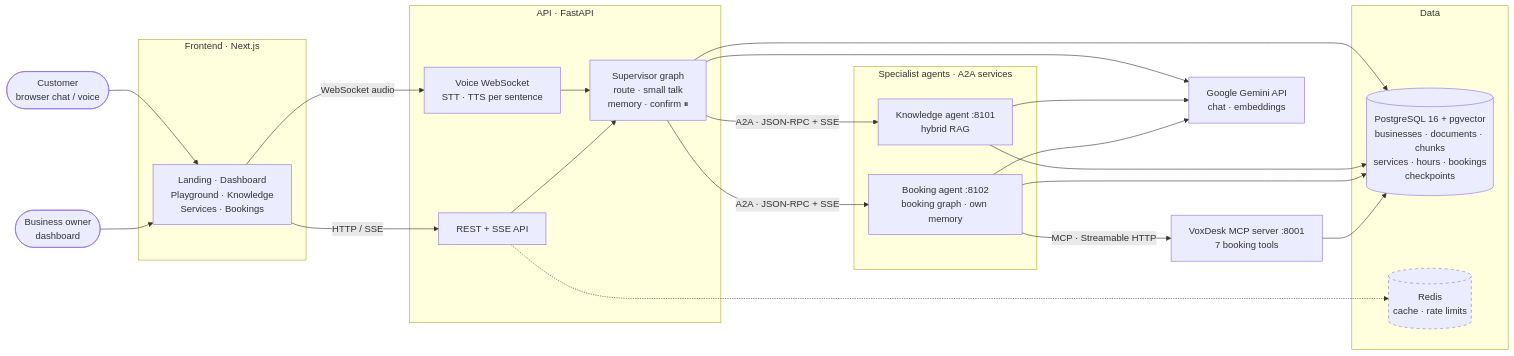
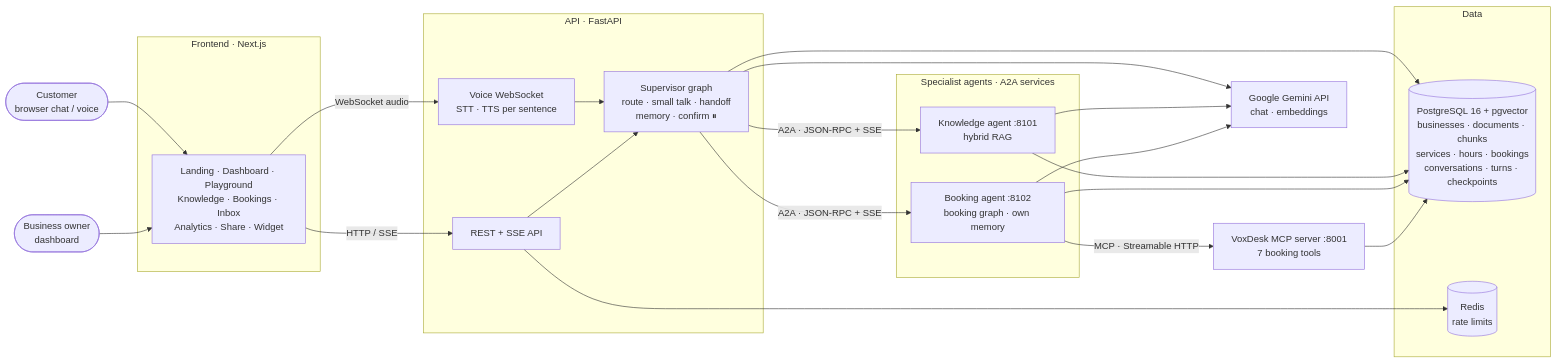
One commit to yash6388/voxdesk changed the first of 10 diagrams in docs/ARCHITECTURE.md. Above: the diagram before and after it, drawn with Mermaid. The commit also changed other lines of this file and 2 other files, not shown here.

Commit message:
docs: clean up README links and architecture overview

````diff
--- a/docs/ARCHITECTURE.md
+++ b/docs/ARCHITECTURE.md
@@ -15,50 +11,47 @@
 ```mermaid
 flowchart LR
     customer(["Customer<br/>browser chat / voice"])
     owner(["Business owner<br/>dashboard"])
 
     subgraph FE["Frontend · Next.js"]
-        ui["Landing · Dashboard<br/>Playground · Knowledge<br/>Services · Bookings"]
+        ui["Landing · Dashboard · Playground<br/>Knowledge · Bookings · Inbox<br/>Analytics · Share · Widget"]
     end
 
     subgraph BE["API · FastAPI"]
         api["REST + SSE API"]
         voice["Voice WebSocket<br/>STT · TTS per sentence"]
-        sup["Supervisor graph<br/>route · small talk<br/>memory · confirm ⏸"]
+        sup["Supervisor graph<br/>route · small talk · handoff<br/>memory · confirm ⏸"]
     end
 
     subgraph AG["Specialist agents · A2A services"]
         ka["Knowledge agent :8101<br/>hybrid RAG"]
         ba["Booking agent :8102<br/>booking graph · own memory"]
     end
 
     mcp["VoxDesk MCP server :8001<br/>7 booking tools"]
 
     subgraph DATA["Data"]
-        pg[("PostgreSQL 16 + pgvector<br/>businesses · documents · chunks<br/>services · hours · bookings<br/>checkpoints")]
-        redis[("Redis<br/>cache · rate limits")]
+        pg[("PostgreSQL 16 + pgvector<br/>businesses · documents · chunks<br/>services · hours · bookings<br/>conversations · turns · checkpoints")]
+        redis[("Redis<br/>rate limits")]
     end
 
     gemini["Google Gemini API<br/>chat · embeddings"]
 
     customer --> ui
     owner --> ui
     ui -- "HTTP / SSE" --> api
     ui -- "WebSocket audio" --> voice
     voice --> sup
     api --> sup
     sup -- "A2A · JSON-RPC + SSE" --> ka
     sup -- "A2A · JSON-RPC + SSE" --> ba
     ba -- "MCP · Streamable HTTP" --> mcp
     sup --> pg
     ka --> pg
     ba --> pg
     mcp --> pg
     sup --> gemini
     ka --> gemini
     ba --> gemini
-    api -.-> redis
-
-    classDef planned stroke-dasharray: 5 5
-    class redis planned
+    api --> redis
 ```
````
